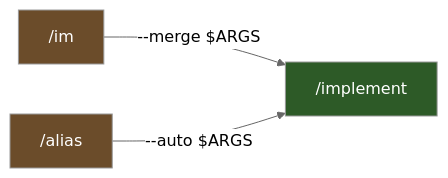
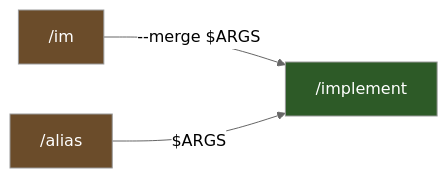
One commit to character-ai/larch changed the second of 3 diagrams in docs/workflow-lifecycle.md. Above: the diagram before and after it, drawn with Mermaid (neutral theme). The commit also changed other lines of this file and 9 other files, not shown here.

First line of the commit message:
docs(implement): remove dynamic-archetypes argv and stale --auto trails

````diff
--- a/docs/workflow-lifecycle.md
+++ b/docs/workflow-lifecycle.md
@@ -32,9 +32,9 @@
 ```mermaid
 graph LR
     IM["/im"] -->|"--merge $ARGS"| IMPLEMENT["/implement"]
-    ALIAS["/alias"] -->|"--auto $ARGS"| IMPLEMENT
+    ALIAS["/alias"] -->|"$ARGS"| IMPLEMENT
 
     style IM fill:#6b4c2a,color:#fff
     style ALIAS fill:#6b4c2a,color:#fff
     style IMPLEMENT fill:#2d5a27,color:#fff
 ```
````
